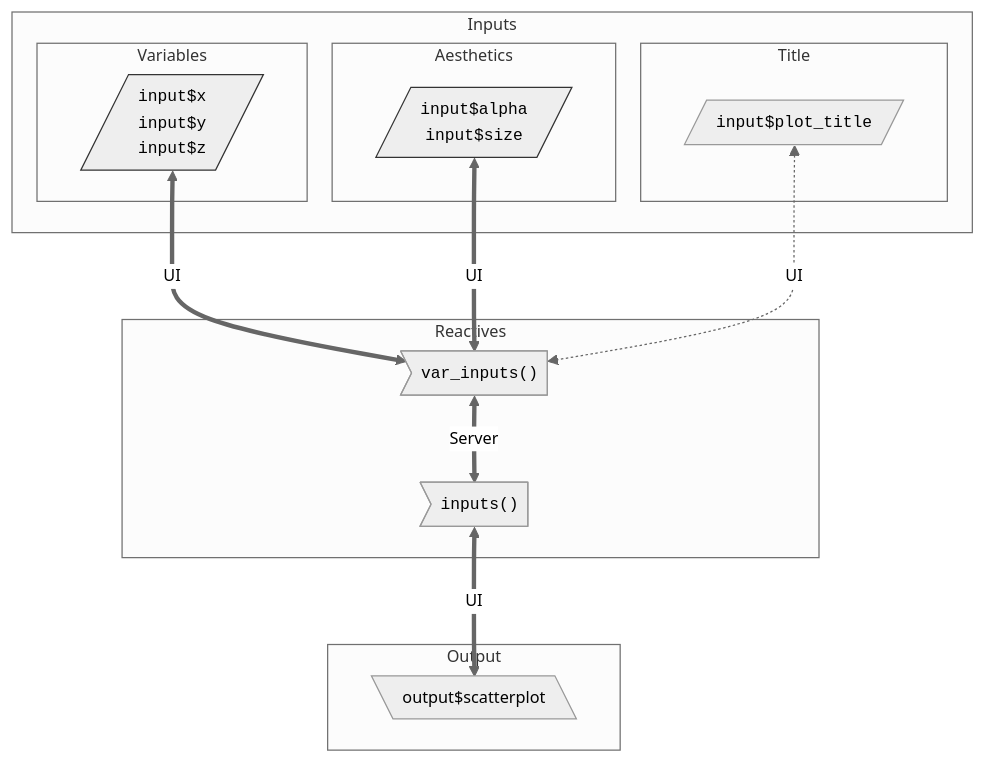
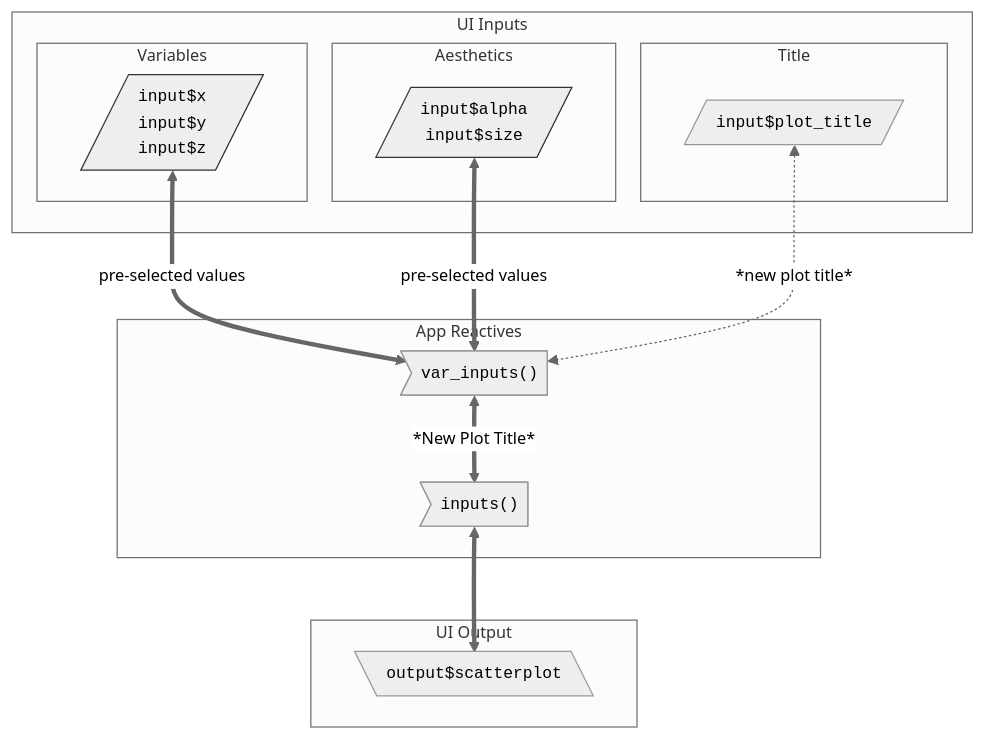
Before and after one commit to mjfrigaard/shiny-app-pkgs: the second of 3 diagrams in debug.qmd, drawn with Mermaid. The commit also changed other lines of this file and 34 other files, not shown here.

````diff
--- a/debug.qmd
+++ b/debug.qmd
@@ -245,34 +243,34 @@
 ```{mermaid}
 %%| fig-cap: '*Updating the plot title*'
 %%| fig-align: center
 %%{init: {'theme': 'neutral', 'themeVariables': { 'fontFamily': 'monospace', "fontSize":"13px"}}}%%
 flowchart TD
-    subgraph Inputs["Inputs"]
+    subgraph Inputs["UI Inputs"]
         subgraph Variables["Variables"]
         var_input[/"<code>input$x</code><br><code>input$y</code><br><code>input$z</code>"/]
         end
         subgraph Aesthetics["Aesthetics"]
         aes_input[/"<code>input$alpha</code><br><code>input$size</code>"/]
         end
         subgraph Title["Title"]
         plot_title[/"<code>input$plot_title</code>"/]
         end
         
     end
-    subgraph React["Reactives"]
+    subgraph React["App Reactives"]
         var_inputs>"<code>var_inputs()</code> "]
         inputs>"<code>inputs()</code>"]
     end
-    subgraph Output["Output"]
-        output[\"output$scatterplot"\]
+    subgraph Output["UI Output"]
+        output[\"<code>output$scatterplot</code>"\]
     end
 
 
-    var_input & aes_input <==> |"UI"|var_inputs 
-    plot_title <-.-> |"UI"|var_inputs 
-    var_inputs <==> |"Server"|inputs
-    inputs <==> |"UI"|output
+    var_input & aes_input <==> |"pre-selected values"|var_inputs 
+    plot_title <-.-> |"*new plot title*"|var_inputs 
+    var_inputs <==>|"*New Plot Title*"|inputs
+    inputs <==> output
     
     style var_input stroke:#333,stroke-width:1px,rx:5,ry:5 
     style aes_input stroke:#333,stroke-width:1px,rx:5,ry:5
 ```
````
